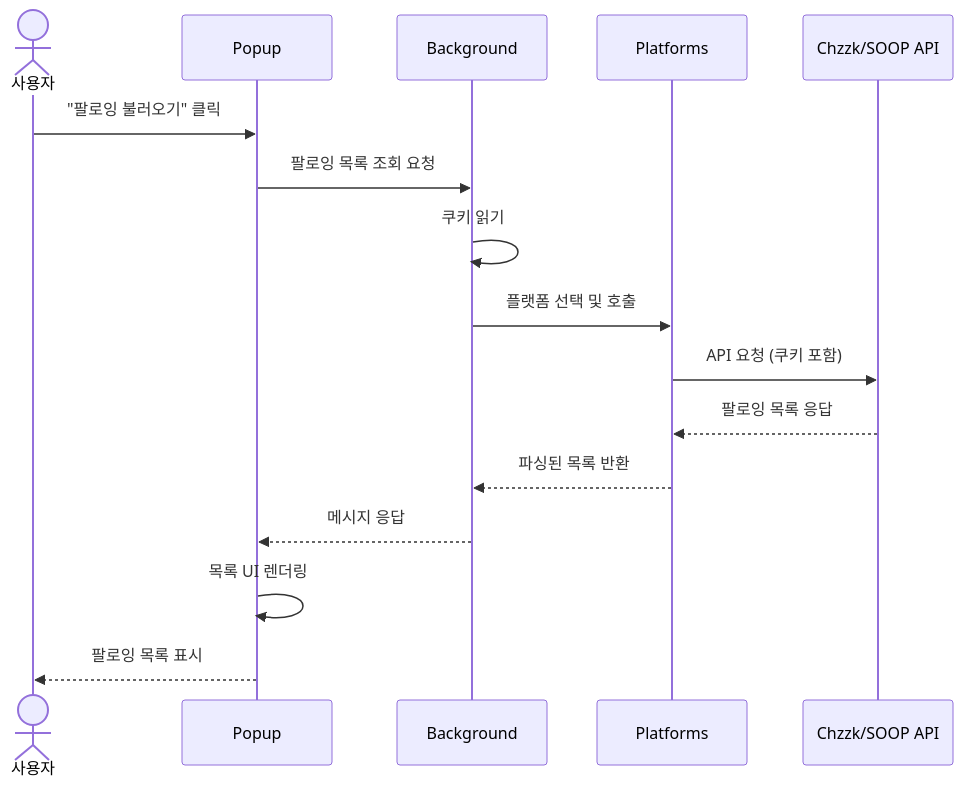
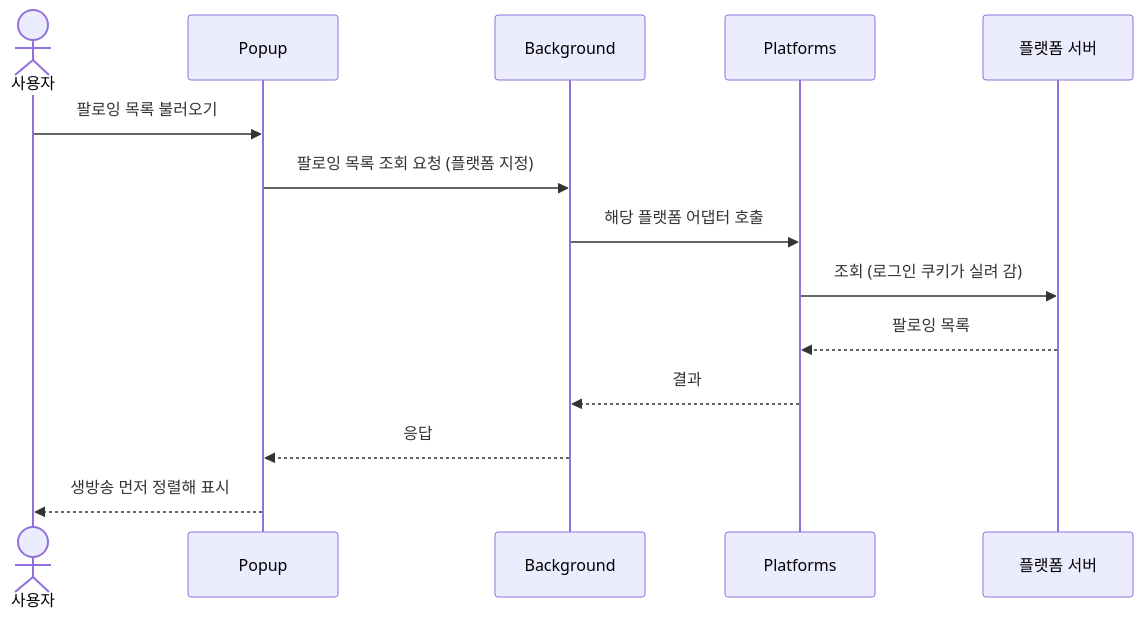
The second of 6 diagrams in document/Process-Viewpoint/Flows-UserInteractions.md (QYnote/ChzzkMultiViewer), drawn with Mermaid before and after one commit. The commit also changed other lines of this file and 14 other files, not shown here.

````diff
--- a/document/Process-Viewpoint/Flows-UserInteractions.md
+++ b/document/Process-Viewpoint/Flows-UserInteractions.md
@@ -40,19 +34,17 @@
 ```mermaid
 sequenceDiagram
-    actor User as 사용자
-    participant Popup
-    participant Background
-    participant Platforms
-    participant API as Chzzk/SOOP API
+  actor U as 사용자
+  participant P as Popup
+  participant BG as Background
+  participant PF as Platforms
+  participant API as 플랫폼 서버
 
-    User->>Popup: "팔로잉 불러오기" 클릭
-    Popup->>Background: 팔로잉 목록 조회 요청
-    Background->>Background: 쿠키 읽기
-    Background->>Platforms: 플랫폼 선택 및 호출
-    Platforms->>API: API 요청 (쿠키 포함)
-    API-->>Platforms: 팔로잉 목록 응답
-    Platforms-->>Background: 파싱된 목록 반환
-    Background-->>Popup: 메시지 응답
-    Popup->>Popup: 목록 UI 렌더링
-    Popup-->>User: 팔로잉 목록 표시
+  U->>P: 팔로잉 목록 불러오기
+  P->>BG: 팔로잉 목록 조회 요청 (플랫폼 지정)
+  BG->>PF: 해당 플랫폼 어댑터 호출
+  PF->>API: 조회 (로그인 쿠키가 실려 감)
+  API-->>PF: 팔로잉 목록
+  PF-->>BG: 결과
+  BG-->>P: 응답
+  P-->>U: 생방송 먼저 정렬해 표시
 ```
````
